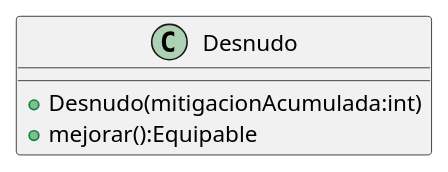
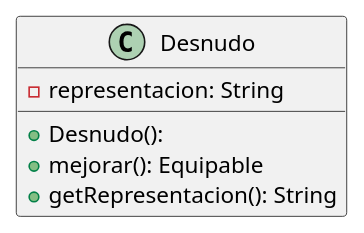
Before and after one commit to mcumskov/Algo3_tp2: the diagram in diagrams/clases/equipamiento/clase_ropa.plantuml, drawn with PlantUML. The commit also changed 19 other files, not shown here.

Commit message:
actualizo diagramas

```diff
--- a/diagrams/clases/equipamiento/clase_ropa.plantuml
+++ b/diagrams/clases/equipamiento/clase_ropa.plantuml
@@ -1,6 +1,11 @@
 @startuml
+skinparam linetype ortho
+
 class Desnudo {
-    + Desnudo(mitigacionAcumulada:int)
-    + mejorar():Equipable
+  + Desnudo():
+  - representacion: String
+  + mejorar(): Equipable
+  + getRepresentacion(): String
 }
+
 @enduml
```
